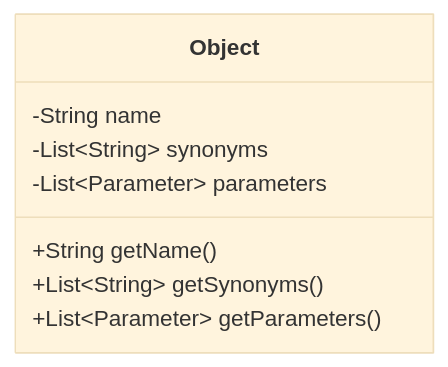
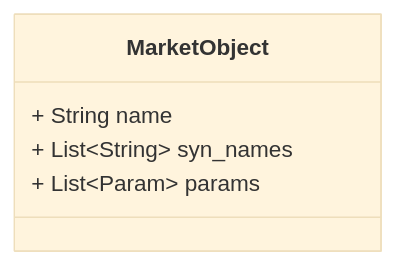
One commit to pechkaeltsin/market2ksr changed the second of 8 diagrams in Архитектура.md. Above: the diagram before and after it, drawn with Mermaid (base theme). The commit also changed other lines of this file and 9 other files, not shown here.

````diff
--- a/Архитектура.md
+++ b/Архитектура.md
@@ -39,11 +68,8 @@
 ```mermaid
 classDiagram
-    class Object {
-        -String name
-        -List~String~ synonyms
-        -List~Parameter~ parameters
-        +String getName()
-        +List~String~ getSynonyms()
-        +List~Parameter~ getParameters()
-    }
+class MarketObject{
+            + String name
+            + List~String~ syn_names
+            + List~Param~ params
+        }
 ```
````
